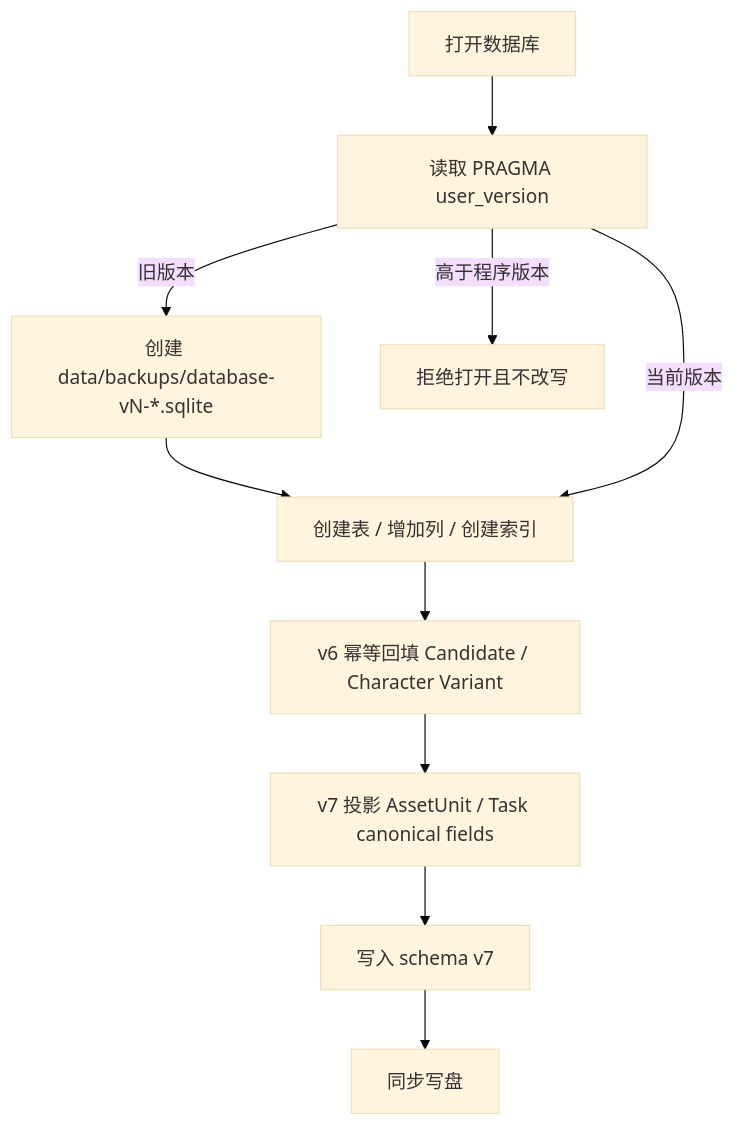
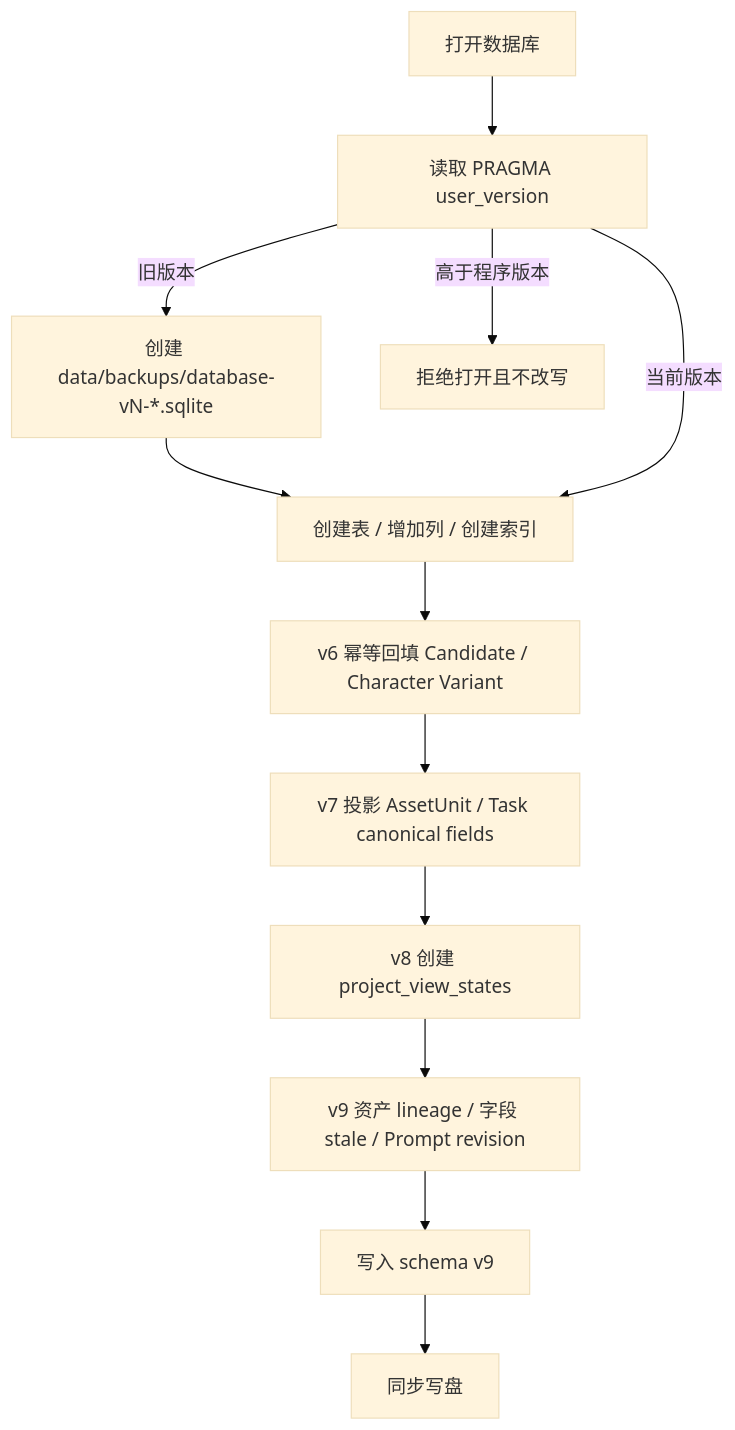
One commit to 728792899-create/aigc-video-platform changed the fourth of 4 diagrams in docs/data-model.md. Above: the diagram before and after it, drawn with Mermaid (base theme). The commit also changed other lines of this file and 119 other files, not shown here.

```diff
--- a/docs/data-model.md
+++ b/docs/data-model.md
@@ -269,12 +279,14 @@
 ~~~mermaid
 flowchart TD
   Open["打开数据库"] --> Version["读取 PRAGMA user_version"]
   Version -->|旧版本| Backup["创建 data/backups/database-vN-*.sqlite"]
   Backup --> DDL["创建表 / 增加列 / 创建索引"]
   Version -->|当前版本| DDL
   Version -->|高于程序版本| Reject["拒绝打开且不改写"]
   DDL --> Backfill6["v6 幂等回填 Candidate / Character Variant"]
   Backfill6 --> Backfill7["v7 投影 AssetUnit / Task canonical fields"]
-  Backfill7 --> Set["写入 schema v7"]
+  Backfill7 --> Layout8["v8 创建 project_view_states"]
+  Layout8 --> Lineage9["v9 资产 lineage / 字段 stale / Prompt revision"]
+  Lineage9 --> Set["写入 schema v9"]
   Set --> Flush["同步写盘"]
 ~~~
```
